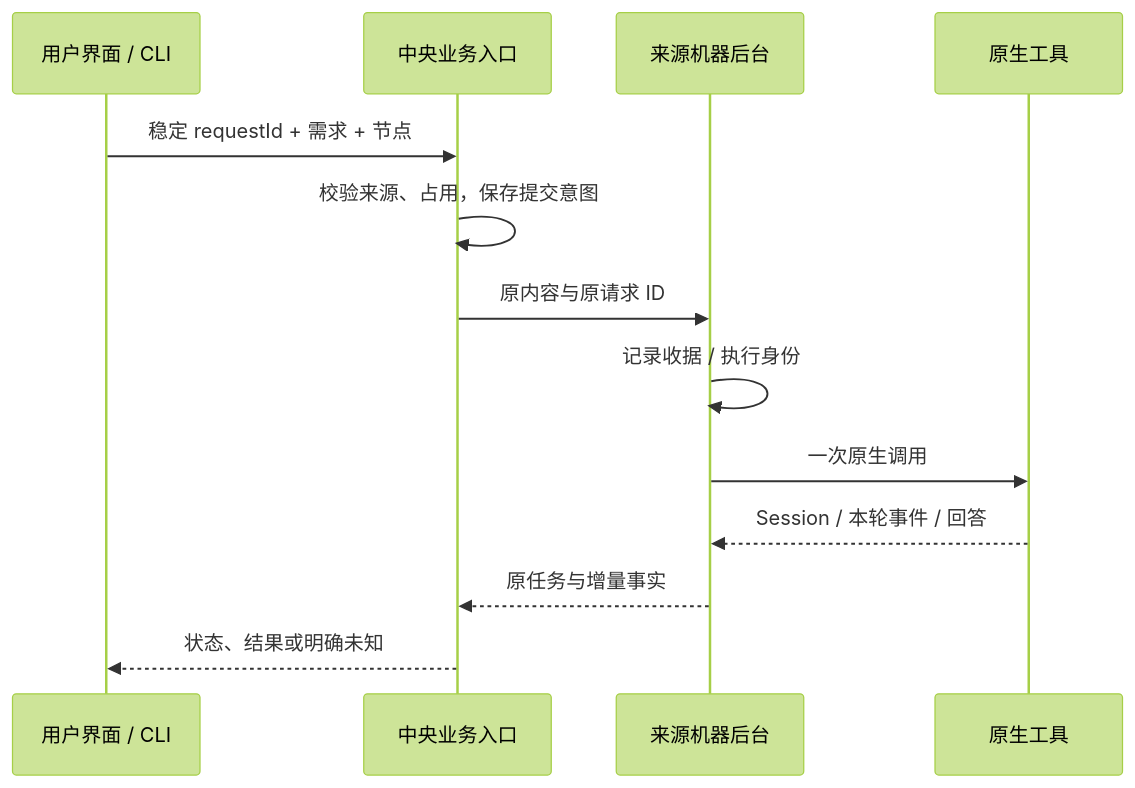
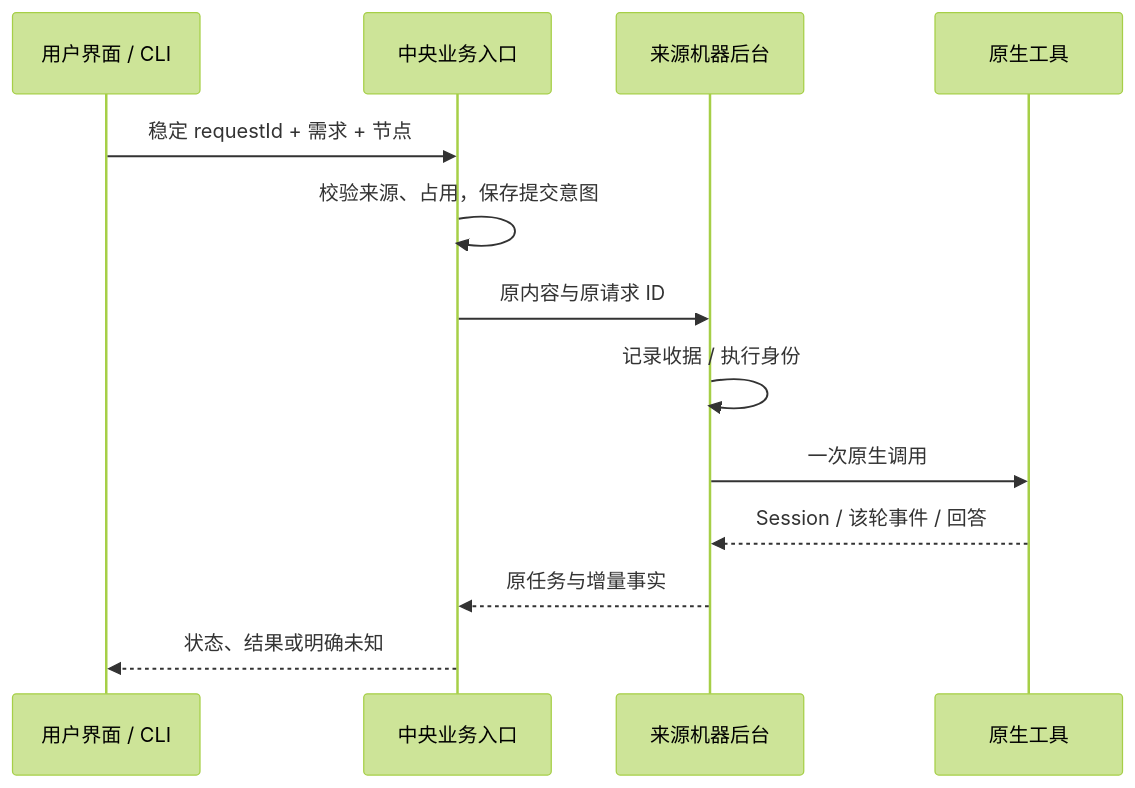
The second of 2 diagrams in doc/modules/07-task-session/design.md (wsjq5477/MA-Relay), drawn with Mermaid (forest theme) before and after one commit. The commit also changed other lines of this file and 168 other files, not shown here.

````diff
--- a/doc/modules/07-task-session/design.md
+++ b/doc/modules/07-task-session/design.md
@@ -145,15 +162,15 @@
 ```mermaid
 sequenceDiagram
     participant U as 用户界面 / CLI
     participant C as 中央业务入口
     participant H as 来源机器后台
     participant N as 原生工具
     U->>C: 稳定 requestId + 需求 + 节点
     C->>C: 校验来源、占用，保存提交意图
     C->>H: 原内容与原请求 ID
     H->>H: 记录收据 / 执行身份
     H->>N: 一次原生调用
-    N-->>H: Session / 本轮事件 / 回答
+    N-->>H: Session / 该轮事件 / 回答
     H-->>C: 原任务与增量事实
     C-->>U: 状态、结果或明确未知
 ```
````
